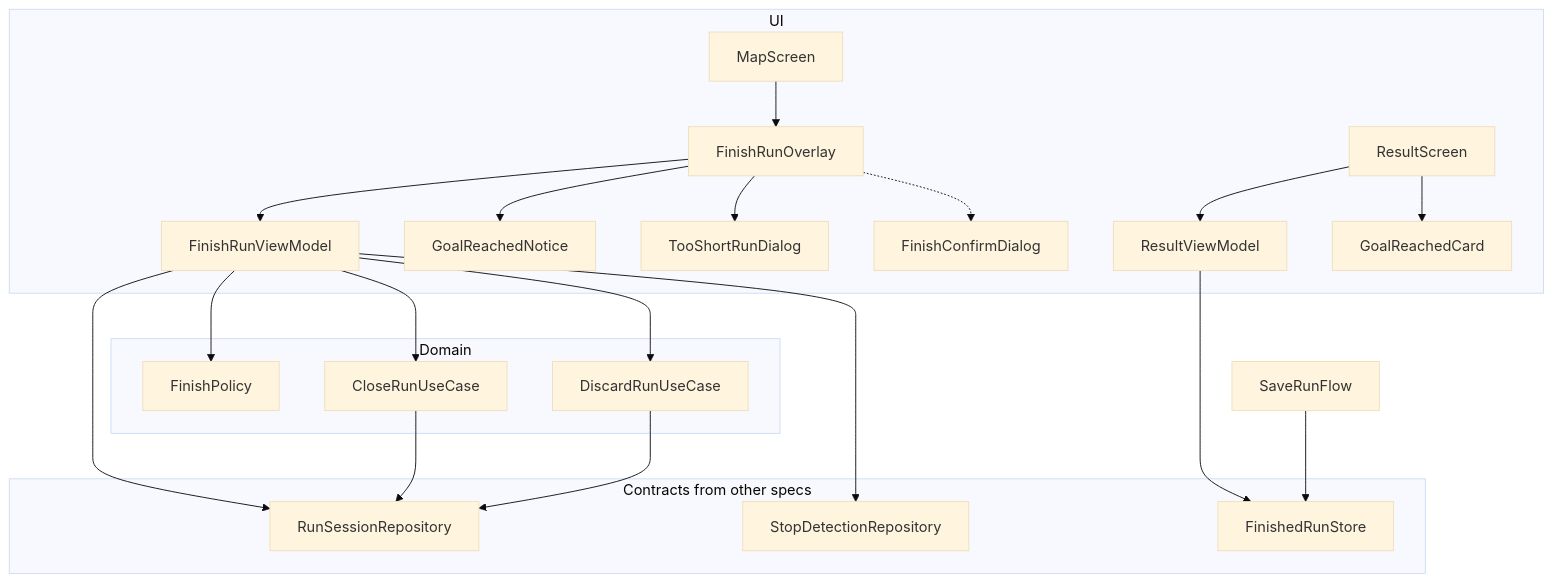
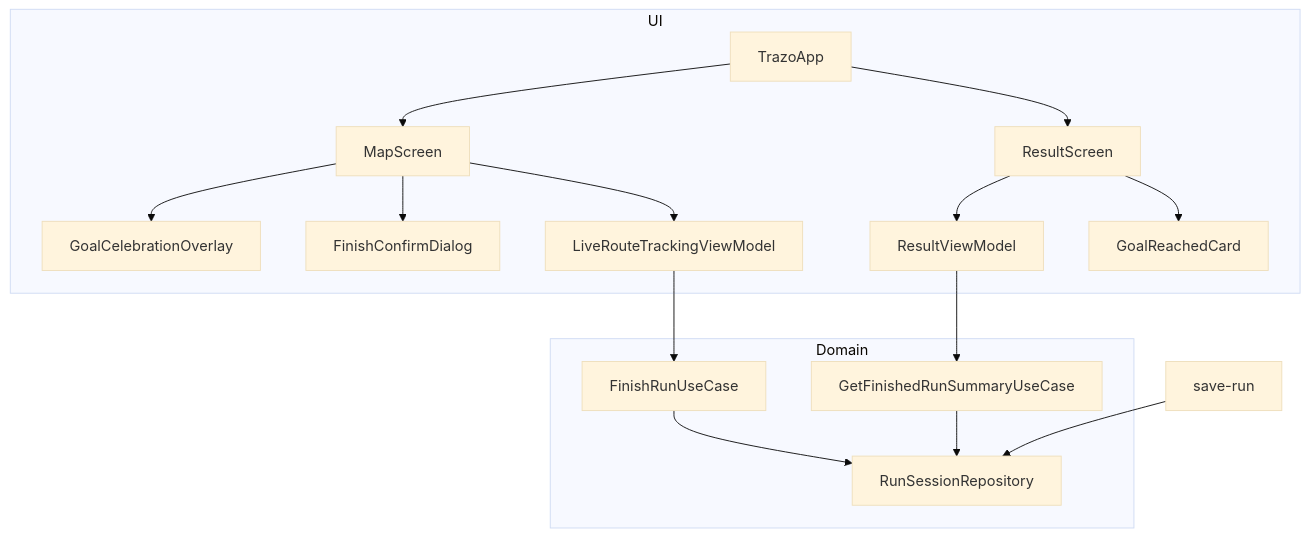
One commit to unlam-tec-movil/A3-2026-H2-E2 changed the first of 3 diagrams in .kiro/specs/finish-run-result/design.md. Above: the diagram before and after it, drawn with Mermaid (base theme). The commit also changed other lines of this file and 1 other file, not shown here.

Commit message:
docs(spec): finish-run-result se alinea con el código real de HU-04

````diff
--- a/.kiro/specs/finish-run-result/design.md
+++ b/.kiro/specs/finish-run-result/design.md
@@ -112,29 +136,19 @@
 ```mermaid
 graph TB
     subgraph UI
-        MapScreen --> FinishRunOverlay
-        FinishRunOverlay --> FinishRunViewModel
-        FinishRunOverlay --> GoalReachedNotice
-        FinishRunOverlay --> TooShortRunDialog
-        FinishRunOverlay -.-> FinishConfirmDialog
+        MapScreen --> GoalCelebrationOverlay
+        MapScreen --> FinishConfirmDialog
+        MapScreen --> LiveRouteTrackingViewModel
+        TrazoApp --> MapScreen
+        TrazoApp --> ResultScreen
         ResultScreen --> ResultViewModel
         ResultScreen --> GoalReachedCard
     end
     subgraph Domain
-        FinishRunViewModel --> FinishPolicy
-        FinishRunViewModel --> CloseRunUseCase
-        FinishRunViewModel --> DiscardRunUseCase
+        LiveRouteTrackingViewModel --> FinishRunUseCase
+        ResultViewModel --> GetFinishedRunSummaryUseCase
+        FinishRunUseCase --> RunSessionRepository
+        GetFinishedRunSummaryUseCase --> RunSessionRepository
     end
-    subgraph Contracts from other specs
-        RunSessionRepository
-        StopDetectionRepository
-        FinishedRunStore
-        FinishConfirmDialog
-    end
-    FinishRunViewModel --> RunSessionRepository
-    FinishRunViewModel --> StopDetectionRepository
-    CloseRunUseCase --> RunSessionRepository
-    DiscardRunUseCase --> RunSessionRepository
-    ResultViewModel --> FinishedRunStore
-    SaveRunFlow --> FinishedRunStore
+    SaveRunFlow[save-run] --> RunSessionRepository
 ```
````
